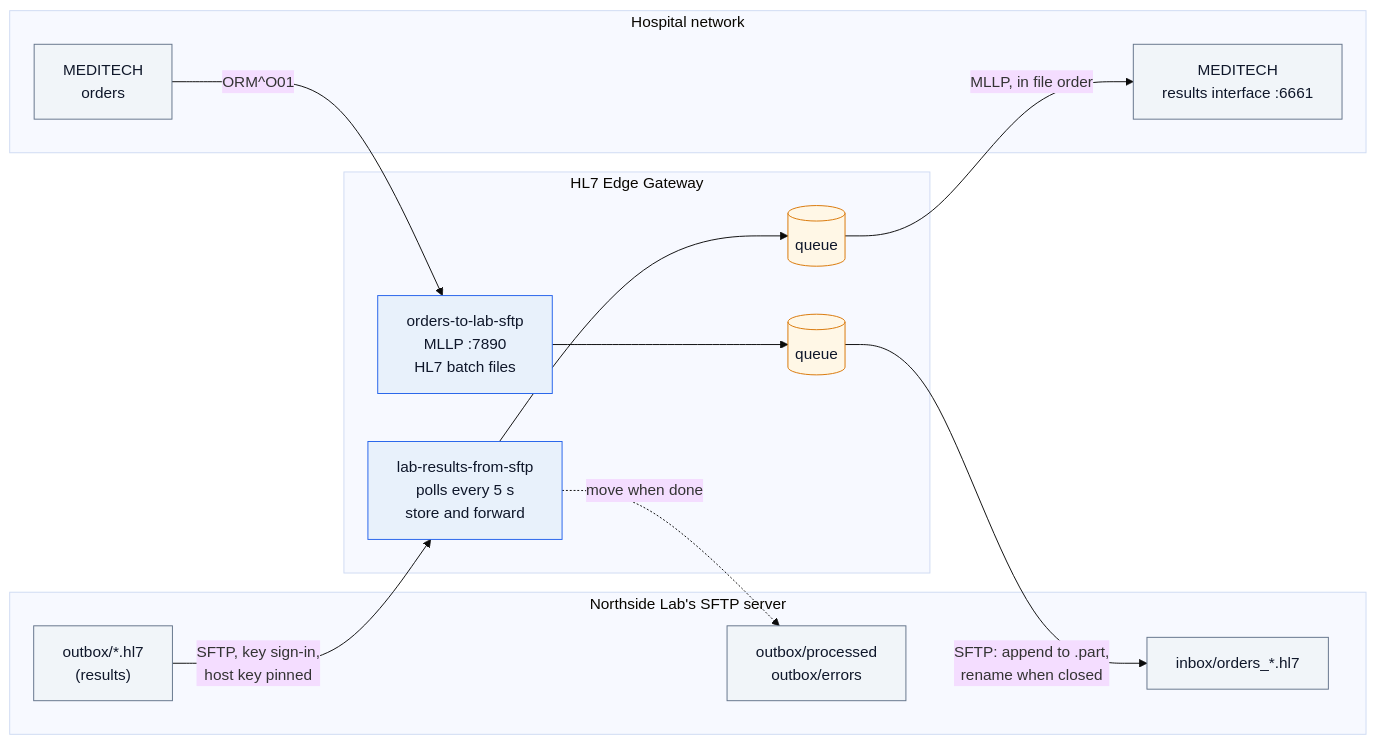
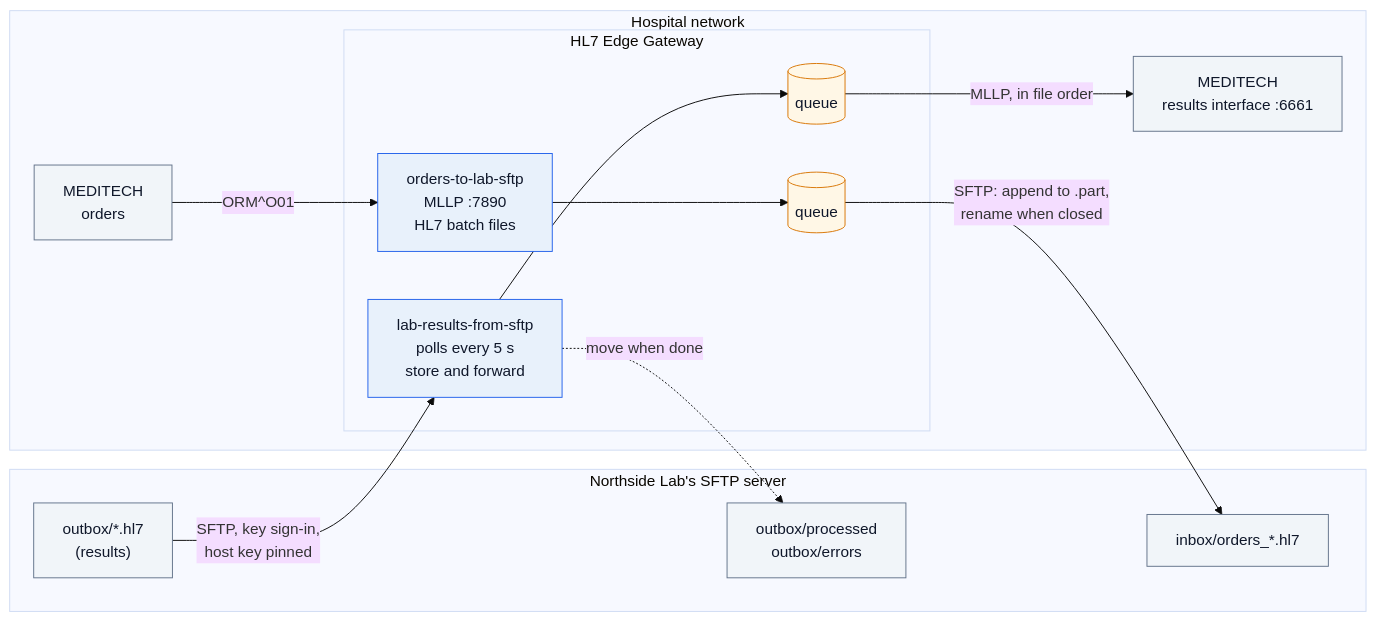
Before and after one commit to lambogenius/hl7-edge-gateway-examples: the diagram in 10-sftp-files/diagrams/architecture.mmd, drawn with Mermaid (base theme). The commit also changed 23 other files, not shown here.

Commit message:
Architecture diagrams: on-prem parts inside the hospital network, cloud load balancers inside the cloud network

```diff
--- a/10-sftp-files/diagrams/architecture.mmd
+++ b/10-sftp-files/diagrams/architecture.mmd
@@ -1,26 +1,26 @@
 flowchart LR
   subgraph LAB["Northside Lab's SFTP server"]
     OUTB["outbox/*.hl7<br/>(results)"]:::ext
     PROC["outbox/processed<br/>outbox/errors"]:::ext
     INB["inbox/orders_*.hl7"]:::ext
   end
-  subgraph G["HL7 Edge Gateway"]
-    R1["lab-results-from-sftp<br/>polls every 5 s<br/>store and forward"]:::gw
-    R2["orders-to-lab-sftp<br/>MLLP :7890<br/>HL7 batch files"]:::gw
-    Q1[("queue")]:::store
-    Q2[("queue")]:::store
-  end
   subgraph H["Hospital network"]
+    subgraph G["HL7 Edge Gateway"]
+      R1["lab-results-from-sftp<br/>polls every 5 s<br/>store and forward"]:::gw
+      R2["orders-to-lab-sftp<br/>MLLP :7890<br/>HL7 batch files"]:::gw
+      Q1[("queue")]:::store
+      Q2[("queue")]:::store
+    end
     M1["MEDITECH<br/>results interface :6661"]:::ext
     M2["MEDITECH<br/>orders"]:::ext
   end
   OUTB -- "SFTP, key sign-in,<br/>host key pinned" --> R1
   R1 -. "move when done" .-> PROC
   R1 --> Q1 -- "MLLP, in file order" --> M1
   M2 -- "ORM^O01" --> R2 --> Q2 -- "SFTP: append to .part,<br/>rename when closed" --> INB
 
   classDef gw fill:#e8f1fb,stroke:#2563eb,color:#0f172a
   classDef store fill:#fff7e6,stroke:#d97706,color:#0f172a
   classDef ext fill:#f1f5f9,stroke:#64748b,color:#0f172a
   classDef bad fill:#fdecec,stroke:#dc2626,color:#0f172a
   classDef ok fill:#ecfdf3,stroke:#16a34a,color:#0f172a
```
